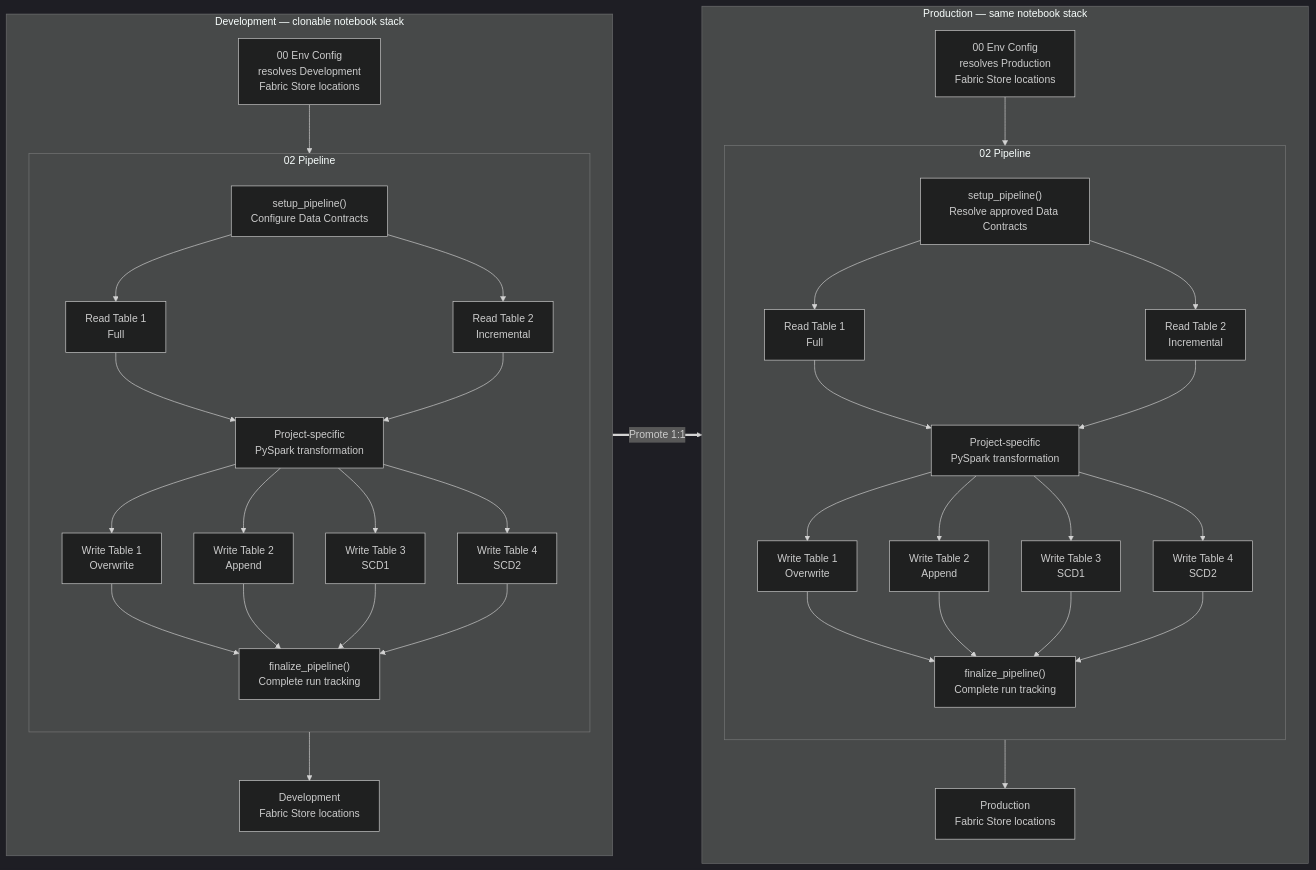
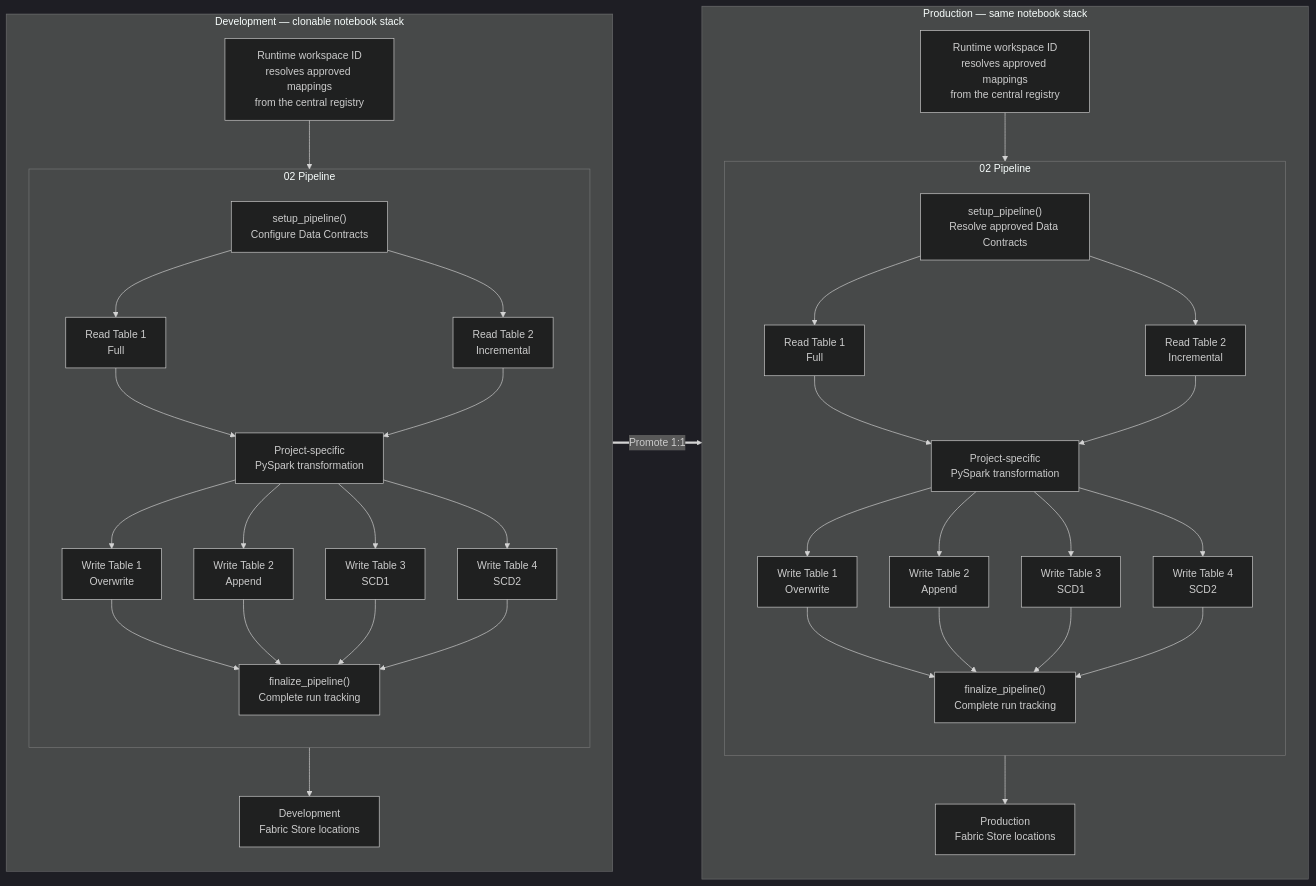
One commit to Voycepeh/FabricOps-Starter-Kit changed the diagram in docs/solutions/plug-and-play-data-pipelines.md. Above: the diagram before and after it, drawn with Mermaid (dark theme). The commit also changed other lines of this file and 126 other files, not shown here.

````diff
--- a/docs/solutions/plug-and-play-data-pipelines.md
+++ b/docs/solutions/plug-and-play-data-pipelines.md
@@ -32,62 +32,62 @@
 ```mermaid
 flowchart LR
     subgraph DEV["Development — clonable notebook stack"]
         direction TB
-        DEV_ENV["00 Env Config<br/>resolves Development<br/>Fabric Store locations"]
+        DEV_ENV["Runtime workspace ID<br/>resolves approved mappings<br/>from the central registry"]
         subgraph DEV_PIPE["02 Pipeline"]
             direction TB
             DEV_CONTRACT["setup_pipeline()<br/>Configure Data Contracts"]
             DEV_READ_FULL["Read Table 1<br/>Full"]
             DEV_READ_INC["Read Table 2<br/>Incremental"]
             DEV_TRANSFORM["Project-specific<br/>PySpark transformation"]
             DEV_WRITE_OVERWRITE["Write Table 1<br/>Overwrite"]
             DEV_WRITE_APPEND["Write Table 2<br/>Append"]
             DEV_WRITE_SCD1["Write Table 3<br/>SCD1"]
             DEV_WRITE_SCD2["Write Table 4<br/>SCD2"]
             DEV_FINALIZE["finalize_pipeline()<br/>Complete run tracking"]
             DEV_CONTRACT --> DEV_READ_FULL --> DEV_TRANSFORM
             DEV_CONTRACT --> DEV_READ_INC --> DEV_TRANSFORM
             DEV_TRANSFORM --> DEV_WRITE_OVERWRITE
             DEV_WRITE_OVERWRITE --> DEV_FINALIZE
             DEV_TRANSFORM --> DEV_WRITE_APPEND
             DEV_WRITE_APPEND --> DEV_FINALIZE
             DEV_TRANSFORM --> DEV_WRITE_SCD1
             DEV_WRITE_SCD1 --> DEV_FINALIZE
             DEV_TRANSFORM --> DEV_WRITE_SCD2
             DEV_WRITE_SCD2 --> DEV_FINALIZE
         end
         DEV_ENV --> DEV_PIPE
         DEV_PIPE --> DEV_RES["Development<br/>Fabric Store locations"]
     end
 
     subgraph PROD["Production — same notebook stack"]
         direction TB
-        PROD_ENV["00 Env Config<br/>resolves Production<br/>Fabric Store locations"]
+        PROD_ENV["Runtime workspace ID<br/>resolves approved mappings<br/>from the central registry"]
         subgraph PROD_PIPE["02 Pipeline"]
             direction TB
             PROD_CONTRACT["setup_pipeline()<br/>Resolve approved Data Contracts"]
             PROD_READ_FULL["Read Table 1<br/>Full"]
             PROD_READ_INC["Read Table 2<br/>Incremental"]
             PROD_TRANSFORM["Project-specific<br/>PySpark transformation"]
             PROD_WRITE_OVERWRITE["Write Table 1<br/>Overwrite"]
             PROD_WRITE_APPEND["Write Table 2<br/>Append"]
             PROD_WRITE_SCD1["Write Table 3<br/>SCD1"]
             PROD_WRITE_SCD2["Write Table 4<br/>SCD2"]
             PROD_FINALIZE["finalize_pipeline()<br/>Complete run tracking"]
             PROD_CONTRACT --> PROD_READ_FULL --> PROD_TRANSFORM
             PROD_CONTRACT --> PROD_READ_INC --> PROD_TRANSFORM
             PROD_TRANSFORM --> PROD_WRITE_OVERWRITE
             PROD_WRITE_OVERWRITE --> PROD_FINALIZE
             PROD_TRANSFORM --> PROD_WRITE_APPEND
             PROD_WRITE_APPEND --> PROD_FINALIZE
             PROD_TRANSFORM --> PROD_WRITE_SCD1
             PROD_WRITE_SCD1 --> PROD_FINALIZE
             PROD_TRANSFORM --> PROD_WRITE_SCD2
             PROD_WRITE_SCD2 --> PROD_FINALIZE
         end
         PROD_ENV --> PROD_PIPE
         PROD_PIPE --> PROD_RES["Production<br/>Fabric Store locations"]
     end
 
     DEV ==>|"Promote 1:1"| PROD
 ```
````
